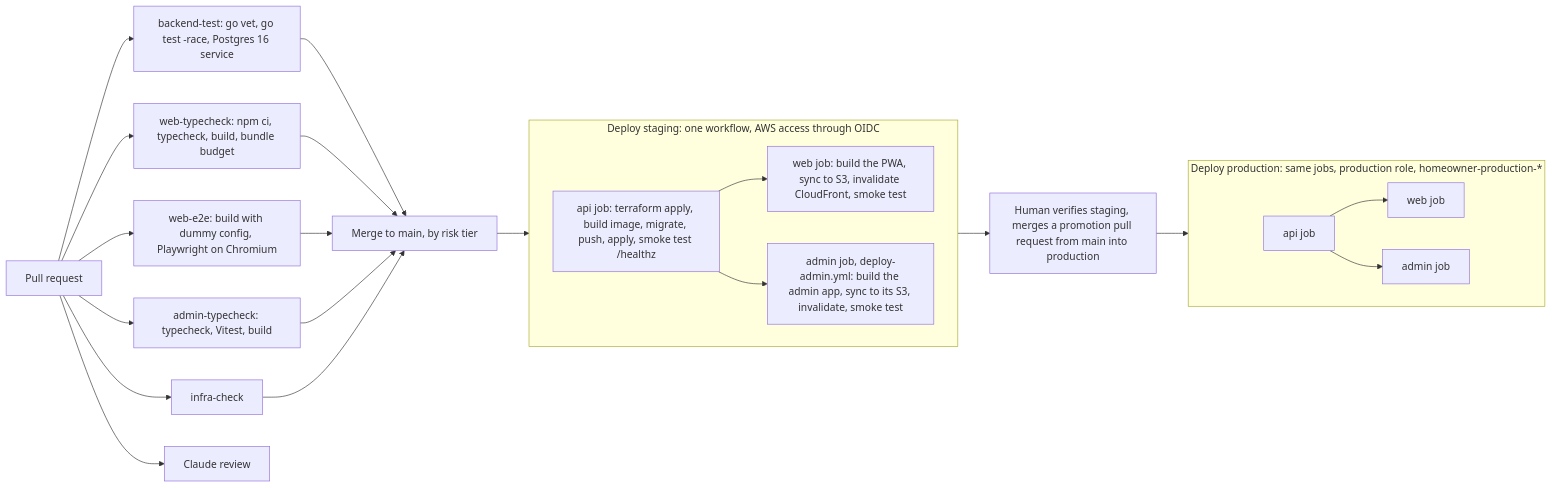
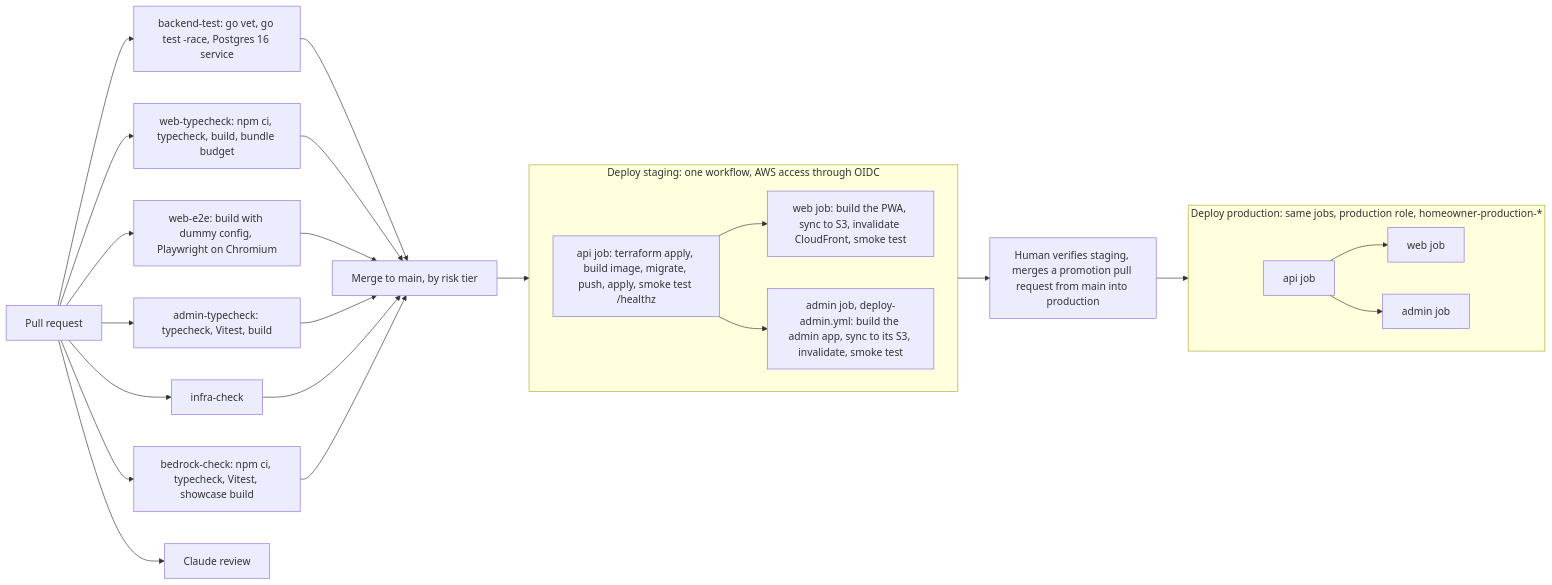
Before and after one commit to AbnerWillclefy/Homeowner: the fourth of 4 diagrams in docs/architecture/infrastructure.md, drawn with Mermaid. The commit also changed other lines of this file and 3 other files, not shown here.

Commit message:
docs(architecture): describe bedrock and its checks

````diff
--- a/docs/architecture/infrastructure.md
+++ b/docs/architecture/infrastructure.md
@@ -128,30 +128,32 @@
 ```mermaid
 flowchart LR
     PR["Pull request"] --> BT["backend-test: go vet, go test -race, Postgres 16 service"]
     PR --> WT["web-typecheck: npm ci, typecheck, build, bundle budget"]
     PR --> E2E["web-e2e: build with dummy config, Playwright on Chromium"]
     PR --> AT["admin-typecheck: typecheck, Vitest, build"]
     PR --> IC["infra-check"]
+    PR --> BC["bedrock-check: npm ci, typecheck, Vitest, showcase build"]
     PR --> CR["Claude review"]
     BT --> M["Merge to main, by risk tier"]
     WT --> M
     E2E --> M
     AT --> M
     IC --> M
+    BC --> M
     M --> DS
     subgraph DS["Deploy staging: one workflow, AWS access through OIDC"]
       direction LR
       api["api job: terraform apply, build image, migrate, push, apply, smoke test /healthz"]
       web["web job: build the PWA, sync to S3, invalidate CloudFront, smoke test"]
       adm["admin job, deploy-admin.yml: build the admin app, sync to its S3, invalidate, smoke test"]
       api --> web
       api --> adm
     end
     DS --> V["Human verifies staging, merges a promotion pull request from main into production"]
     V --> DP
     subgraph DP["Deploy production: same jobs, production role, homeowner-production-*"]
       direction LR
       papi["api job"] --> pweb["web job"]
       papi --> padm["admin job"]
     end
 ```
````
